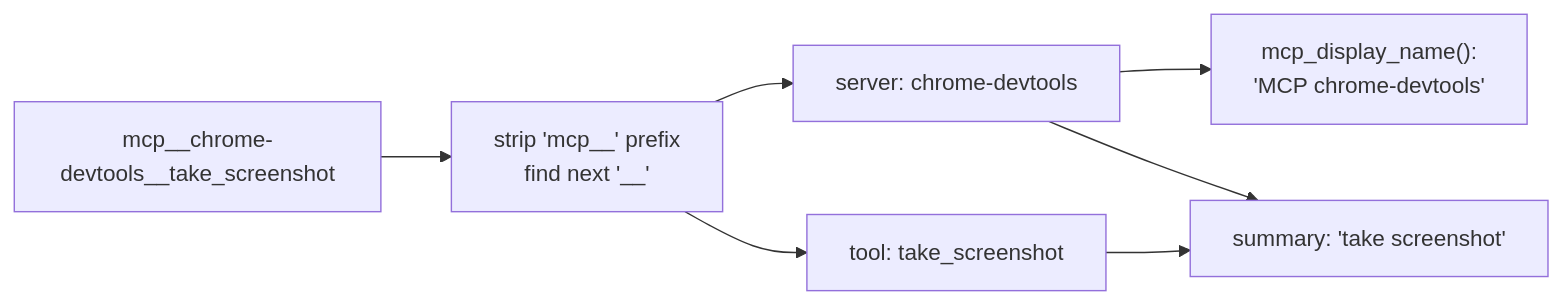
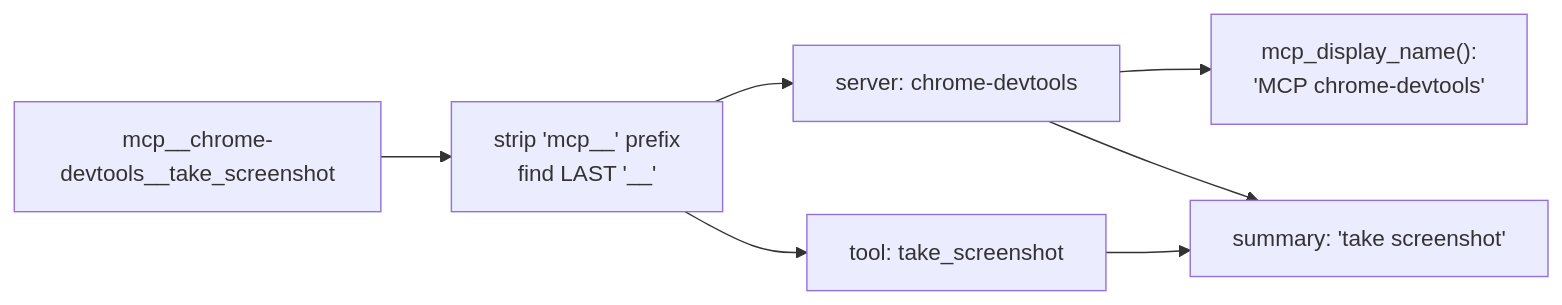
One commit to delexw/claude-code-trace changed the fourth of 5 diagrams in specs/10-tool-taxonomy.md. Above: the diagram before and after it, drawn with Mermaid. The commit also changed other lines of this file and 2 other files, not shown here.

First line of the commit message:
fix: split mcp__<server>__<tool> names on the last __, not the first (#384)

````diff
--- a/specs/10-tool-taxonomy.md
+++ b/specs/10-tool-taxonomy.md
@@ -107,10 +107,10 @@
 ```mermaid
 flowchart LR
     NAME["mcp__chrome-devtools__take_screenshot"]
-    NAME --> SPLIT["strip 'mcp__' prefix\nfind next '__'"]
+    NAME --> SPLIT["strip 'mcp__' prefix\nfind LAST '__'"]
     SPLIT --> SRV["server: chrome-devtools"]
     SPLIT --> TOOL["tool: take_screenshot"]
     SRV --> DISP["mcp_display_name():\n'MCP chrome-devtools'"]
     SRV --> SUMMARY["summary: 'take screenshot'"]
     TOOL --> SUMMARY
 ```
````
